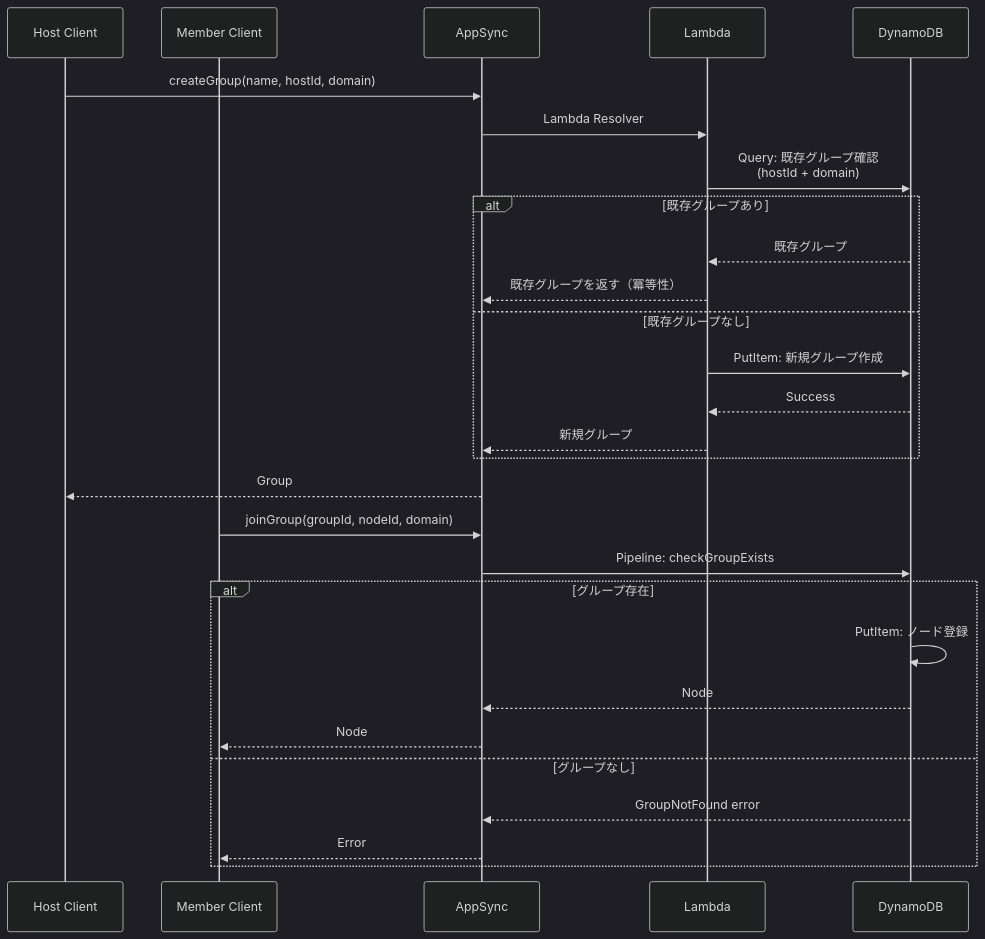
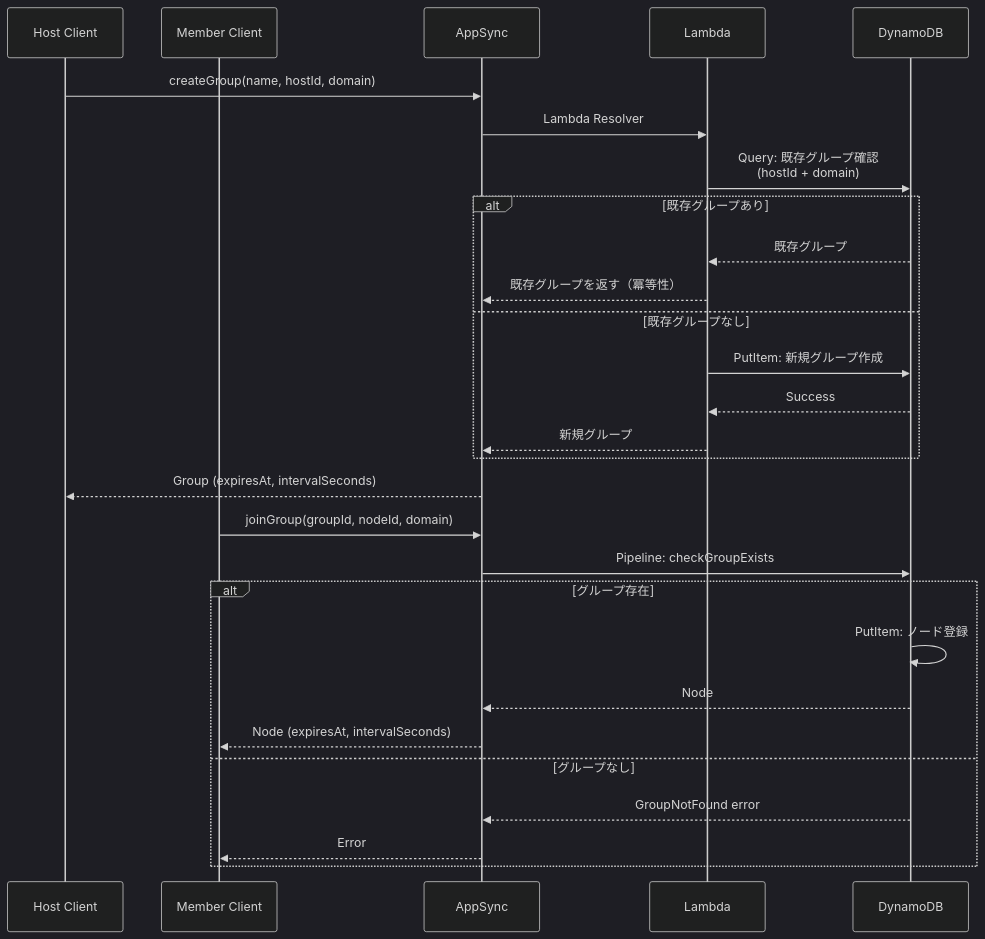
Before and after one commit to smalruby/mesh-v2: the third of 10 diagrams in docs/architecture.md, drawn with Mermaid (dark theme). The commit also changed other lines of this file and 3 other files, not shown here.

````diff
--- a/docs/architecture.md
+++ b/docs/architecture.md
@@ -99,32 +99,32 @@
 ```mermaid
 sequenceDiagram
     participant Host as Host Client
     participant Member as Member Client
     participant AppSync
     participant Lambda
     participant DynamoDB
 
     Host->>AppSync: createGroup(name, hostId, domain)
     AppSync->>Lambda: Lambda Resolver
     Lambda->>DynamoDB: Query: 既存グループ確認<br/>(hostId + domain)
     alt 既存グループあり
         DynamoDB-->>Lambda: 既存グループ
         Lambda-->>AppSync: 既存グループを返す（冪等性）
     else 既存グループなし
         Lambda->>DynamoDB: PutItem: 新規グループ作成
         DynamoDB-->>Lambda: Success
         Lambda-->>AppSync: 新規グループ
     end
-    AppSync-->>Host: Group
+    AppSync-->>Host: Group (expiresAt, intervalSeconds)
 
     Member->>AppSync: joinGroup(groupId, nodeId, domain)
     AppSync->>DynamoDB: Pipeline: checkGroupExists
     alt グループ存在
         DynamoDB->>DynamoDB: PutItem: ノード登録
         DynamoDB-->>AppSync: Node
-        AppSync-->>Member: Node
+        AppSync-->>Member: Node (expiresAt, intervalSeconds)
     else グループなし
         DynamoDB-->>AppSync: GroupNotFound error
         AppSync-->>Member: Error
     end
 ```
````
